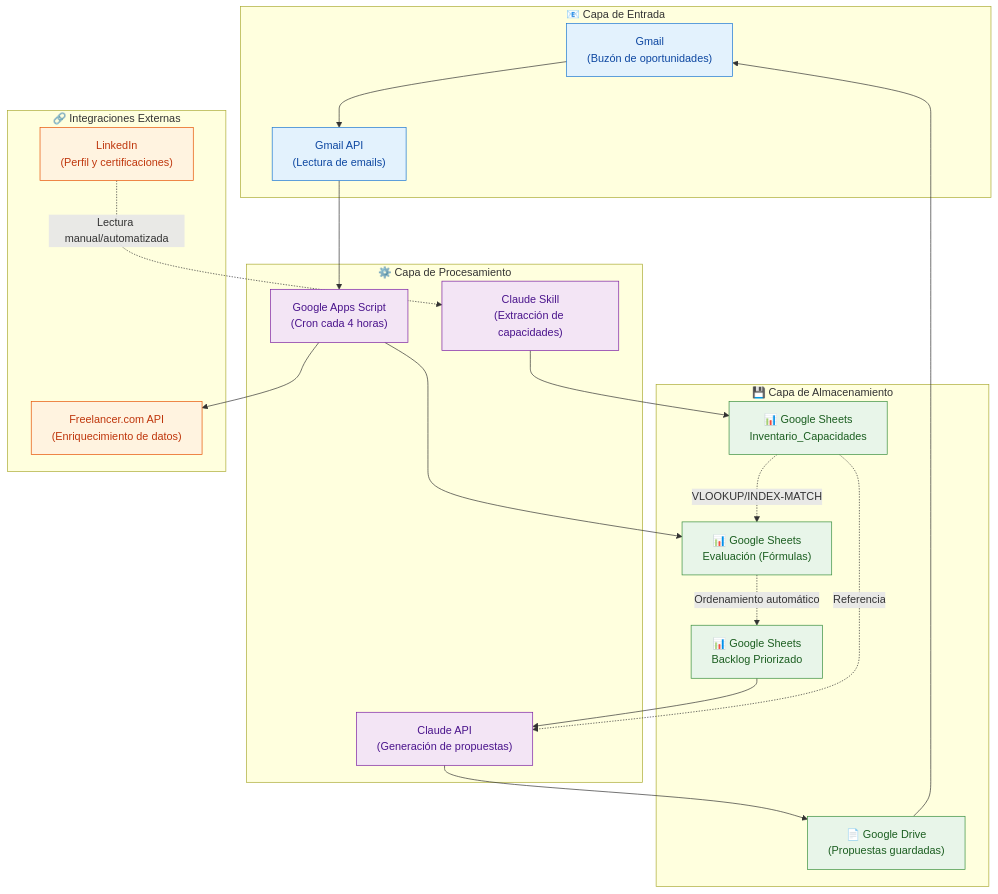
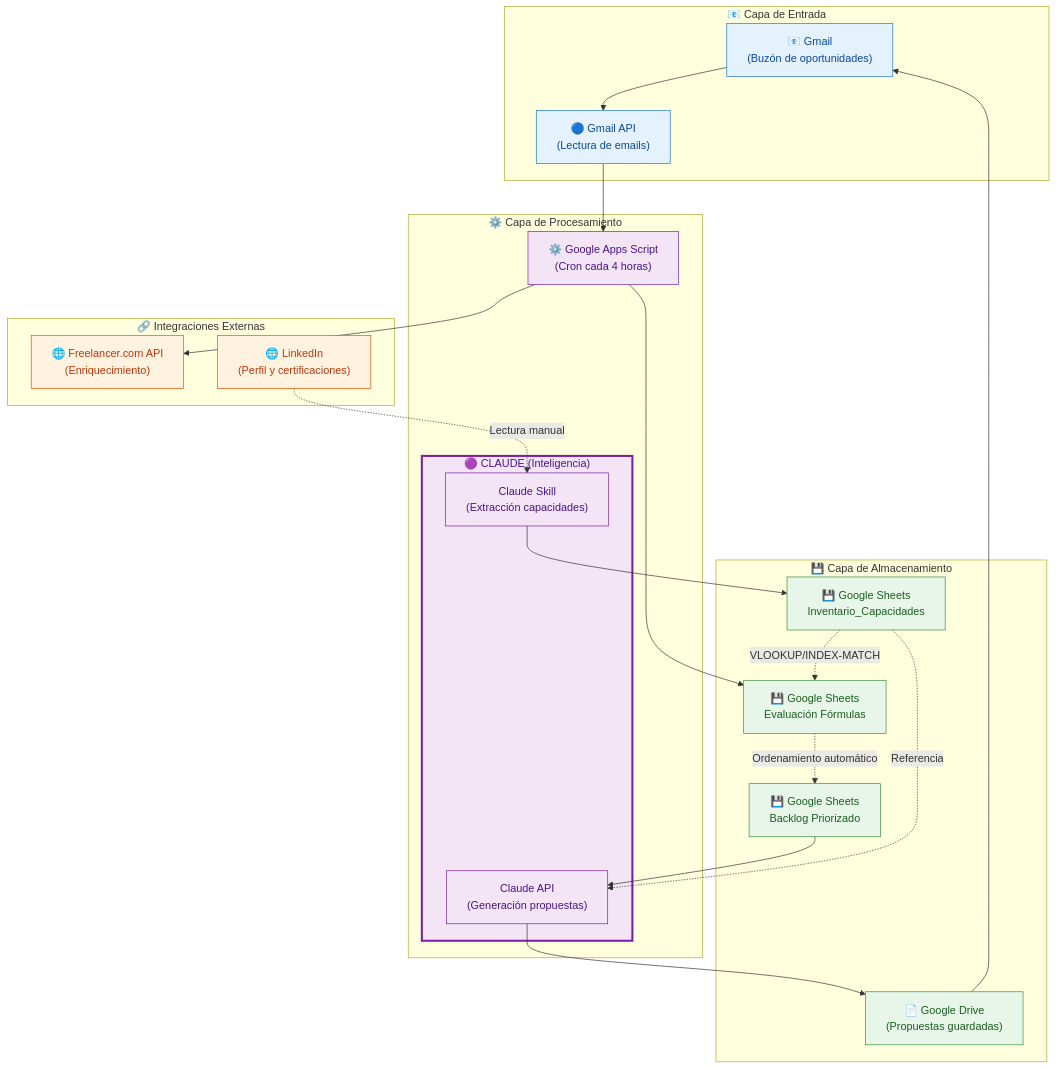
Before and after one commit to yadenispinero/Leads-auto: the first of 4 diagrams in docs/vistas/componentes_tecnologicos.md, drawn with Mermaid. The commit also changed other lines of this file, not shown here.

````diff
--- a/docs/vistas/componentes_tecnologicos.md
+++ b/docs/vistas/componentes_tecnologicos.md
@@ -7,53 +50,59 @@
 ```mermaid
 graph TB
     subgraph "📧 Capa de Entrada"
-        Gmail["Gmail<br/>(Buzón de oportunidades)"]
-        GmailAPI["Gmail API<br/>(Lectura de emails)"]
+        Gmail["📧 Gmail<br/>(Buzón de oportunidades)"]
+        GmailAPI["🔵 Gmail API<br/>(Lectura de emails)"]
     end
 
     subgraph "⚙️ Capa de Procesamiento"
-        GAS["Google Apps Script<br/>(Cron cada 4 horas)"]
-        Claude["Claude API<br/>(Generación de propuestas)"]
-        ClaudeSkill["Claude Skill<br/>(Extracción de capacidades)"]
+        GAS["⚙️ Google Apps Script<br/>(Cron cada 4 horas)"]
+        
+        subgraph Claude["🟣 CLAUDE (Inteligencia)"]
+            ClaudeSkill["Claude Skill<br/>(Extracción capacidades)"]
+            ClaudeAPI["Claude API<br/>(Generación propuestas)"]
+        end
     end
 
     subgraph "💾 Capa de Almacenamiento"
-        SheetsInventario["📊 Google Sheets<br/>Inventario_Capacidades"]
-        SheetsEvaluacion["📊 Google Sheets<br/>Evaluación (Fórmulas)"]
-        SheetsBacklog["📊 Google Sheets<br/>Backlog Priorizado"]
+        SheetsInventario["💾 Google Sheets<br/>Inventario_Capacidades"]
+        SheetsEvaluacion["💾 Google Sheets<br/>Evaluación Fórmulas"]
+        SheetsBacklog["💾 Google Sheets<br/>Backlog Priorizado"]
         Drive["📄 Google Drive<br/>(Propuestas guardadas)"]
     end
 
     subgraph "🔗 Integraciones Externas"
-        Freelancer["Freelancer.com API<br/>(Enriquecimiento de datos)"]
-        LinkedIn["LinkedIn<br/>(Perfil y certificaciones)"]
+        Freelancer["🌐 Freelancer.com API<br/>(Enriquecimiento)"]
+        LinkedIn["🌐 LinkedIn<br/>(Perfil y certificaciones)"]
     end
 
     %% Conexiones
     Gmail --> GmailAPI
     GmailAPI --> GAS
     GAS --> Freelancer
     GAS --> SheetsEvaluacion
     
     SheetsInventario -.->|VLOOKUP/INDEX-MATCH| SheetsEvaluacion
     SheetsEvaluacion -.->|Ordenamiento automático| SheetsBacklog
     
     ClaudeSkill --> SheetsInventario
-    LinkedIn -.->|Lectura manual/automatizada| ClaudeSkill
+    LinkedIn -.->|Lectura manual| ClaudeSkill
     
-    SheetsBacklog --> Claude
-    Claude --> Drive
+    SheetsBacklog --> ClaudeAPI
+    ClaudeAPI --> Drive
     Drive --> Gmail
     
-    SheetsInventario -.->|Referencia| Claude
+    SheetsInventario -.->|Referencia| ClaudeAPI
 
     classDef entrada fill:#e3f2fd,stroke:#1976d2,color:#0d47a1
     classDef proceso fill:#f3e5f5,stroke:#7b1fa2,color:#4a148c
     classDef almacen fill:#e8f5e9,stroke:#388e3c,color:#1b5e20
     classDef externo fill:#fff3e0,stroke:#e65100,color:#bf360c
+    classDef claude fill:#f3e5f5,stroke:#7b1fa2,color:#4a148c,stroke-width:3px
 
     class Gmail,GmailAPI entrada
-    class GAS,Claude,ClaudeSkill proceso
+    class GAS proceso
+    class Claude claude
+    class ClaudeSkill,ClaudeAPI proceso
     class SheetsInventario,SheetsEvaluacion,SheetsBacklog,Drive almacen
     class Freelancer,LinkedIn externo
 ```
````
